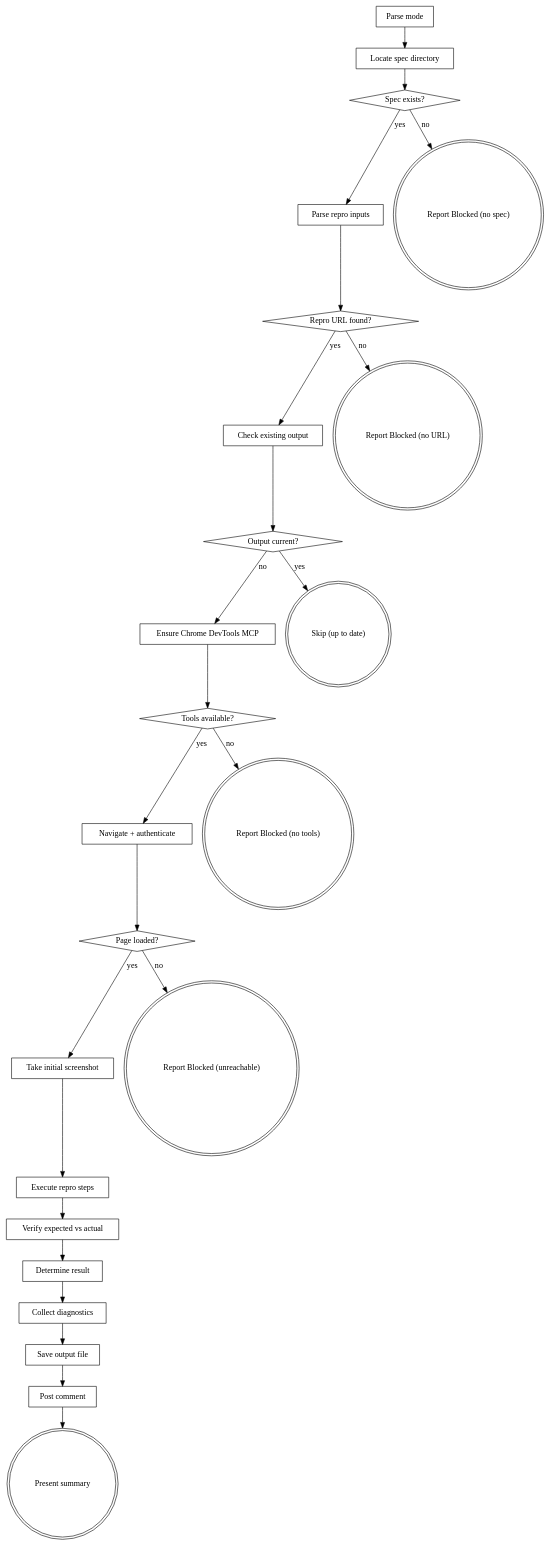
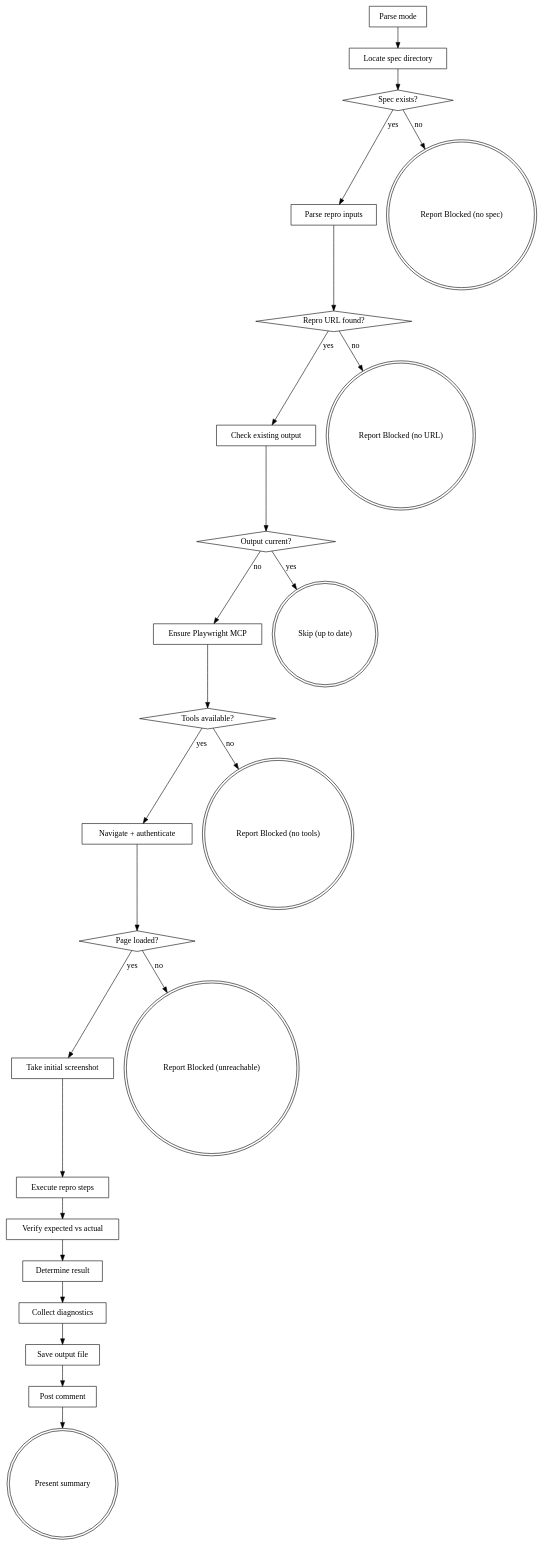
Before and after one commit to easingthemes/dx-aem-flow: the diagram in plugins/dx-core/skills/dx-bug-verify/SKILL.md, drawn with Graphviz. The commit also changed other lines of this file and 91 other files, not shown here.

First line of the commit message:
feat(dx-aem)!: migrate browser automation to Playwright MCP (v3.0.0) (#157)

````diff
--- a/plugins/dx-core/skills/dx-bug-verify/SKILL.md
+++ b/plugins/dx-core/skills/dx-bug-verify/SKILL.md
@@ -27,52 +27,52 @@
 ```dot
 digraph bug_verify {
     "Parse mode" [shape=box];
     "Locate spec directory" [shape=box];
     "Spec exists?" [shape=diamond];
     "Parse repro inputs" [shape=box];
     "Repro URL found?" [shape=diamond];
     "Check existing output" [shape=box];
     "Output current?" [shape=diamond];
-    "Ensure Chrome DevTools MCP" [shape=box];
+    "Ensure Playwright MCP" [shape=box];
     "Tools available?" [shape=diamond];
     "Navigate + authenticate" [shape=box];
     "Page loaded?" [shape=diamond];
     "Take initial screenshot" [shape=box];
     "Execute repro steps" [shape=box];
     "Verify expected vs actual" [shape=box];
     "Determine result" [shape=box];
     "Collect diagnostics" [shape=box];
     "Save output file" [shape=box];
     "Post comment" [shape=box];
     "Present summary" [shape=doublecircle];
     "Report Blocked (no spec)" [shape=doublecircle];
     "Report Blocked (no URL)" [shape=doublecircle];
     "Skip (up to date)" [shape=doublecircle];
     "Report Blocked (no tools)" [shape=doublecircle];
     "Report Blocked (unreachable)" [shape=doublecircle];
 
     "Parse mode" -> "Locate spec directory";
     "Locate spec directory" -> "Spec exists?";
     "Spec exists?" -> "Parse repro inputs" [label="yes"];
     "Spec exists?" -> "Report Blocked (no spec)" [label="no"];
     "Parse repro inputs" -> "Repro URL found?";
     "Repro URL found?" -> "Check existing output" [label="yes"];
     "Repro URL found?" -> "Report Blocked (no URL)" [label="no"];
     "Check existing output" -> "Output current?";
     "Output current?" -> "Skip (up to date)" [label="yes"];
-    "Output current?" -> "Ensure Chrome DevTools MCP" [label="no"];
-    "Ensure Chrome DevTools MCP" -> "Tools available?";
+    "Output current?" -> "Ensure Playwright MCP" [label="no"];
+    "Ensure Playwright MCP" -> "Tools available?";
     "Tools available?" -> "Navigate + authenticate" [label="yes"];
     "Tools available?" -> "Report Blocked (no tools)" [label="no"];
     "Navigate + authenticate" -> "Page loaded?";
     "Page loaded?" -> "Take initial screenshot" [label="yes"];
     "Page loaded?" -> "Report Blocked (unreachable)" [label="no"];
     "Take initial screenshot" -> "Execute repro steps";
     "Execute repro steps" -> "Verify expected vs actual";
     "Verify expected vs actual" -> "Determine result";
     "Determine result" -> "Collect diagnostics";
     "Collect diagnostics" -> "Save output file";
     "Save output file" -> "Post comment";
     "Post comment" -> "Present summary";
 }
 ```
````
